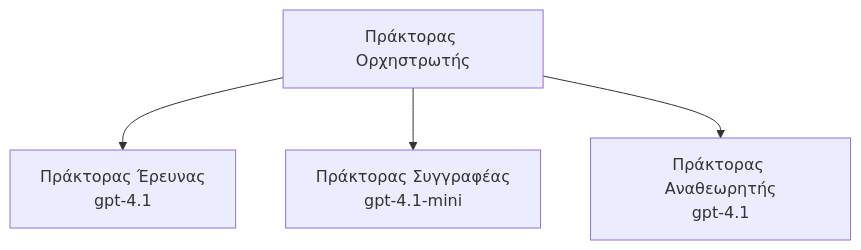
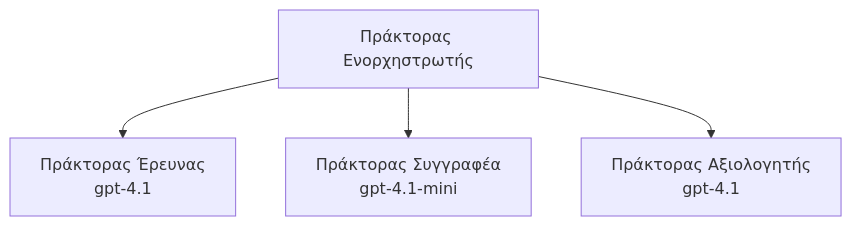
Before and after one commit to microsoft/AZD-for-beginners: the third of 3 diagrams in translations/el/docs/chapter-02-ai-development/agents.md, drawn with Mermaid. The commit also changed other lines of this file and 101 other files, not shown here.

````diff
--- a/translations/el/docs/chapter-02-ai-development/agents.md
+++ b/translations/el/docs/chapter-02-ai-development/agents.md
@@ -189,6 +194,6 @@
 ```mermaid
 graph TD
-    Orchestrator[Πράκτορας Ορχηστρωτής] --> Research[Πράκτορας Έρευνας<br/>gpt-4.1]
-    Orchestrator --> Writer[Πράκτορας Συγγραφέας<br/>gpt-4.1-mini]
-    Orchestrator --> Reviewer[Πράκτορας Αναθεωρητής<br/>gpt-4.1]
+    Orchestrator[Πράκτορας Ενορχηστρωτής] --> Research[Πράκτορας Έρευνας<br/>gpt-4.1]
+    Orchestrator --> Writer[Πράκτορας Συγγραφέα<br/>gpt-4.1-mini]
+    Orchestrator --> Reviewer[Πράκτορας Αξιολογητής<br/>gpt-4.1]
 ```
````
